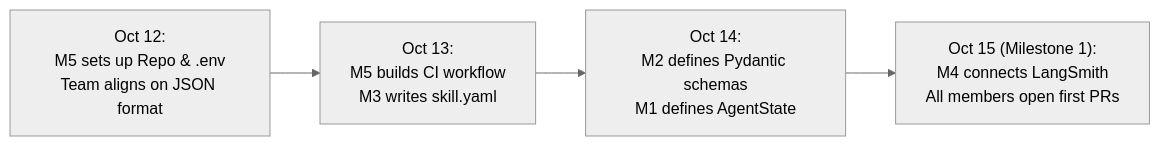
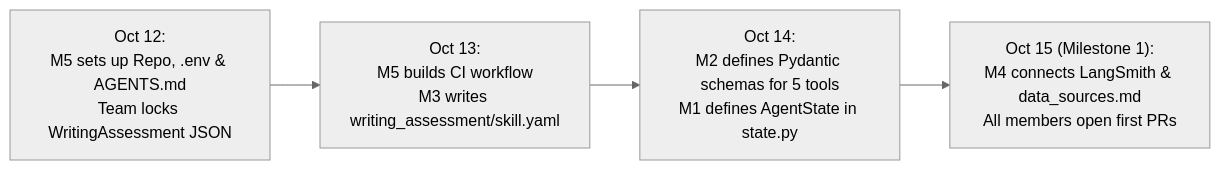
Before and after one commit to nguyenlam0909575475-tech/SE373-IELTS-Learning-Agent: the second of 5 diagrams in Phase_1_Process_and_Tasks.md, drawn with Mermaid (neutral theme). The commit also changed other lines of this file and 48 other files, not shown here.

Commit message:
feat(skills): add writing-assessment skill, deterministic checks, and committee workflow

````diff
--- a/Phase_1_Process_and_Tasks.md
+++ b/Phase_1_Process_and_Tasks.md
@@ -40,6 +152,6 @@
 ```mermaid
 flowchart LR
-    A["Oct 12:<br/>M5 sets up Repo & .env<br/>Team aligns on JSON format"] --> B["Oct 13:<br/>M5 builds CI workflow<br/>M3 writes skill.yaml"]
-    B --> C["Oct 14:<br/>M2 defines Pydantic schemas<br/>M1 defines AgentState"]
-    C --> D["Oct 15 (Milestone 1):<br/>M4 connects LangSmith<br/>All members open first PRs"]
+    A["Oct 12:<br/>M5 sets up Repo, .env & AGENTS.md<br/>Team locks WritingAssessment JSON"] --> B["Oct 13:<br/>M5 builds CI workflow<br/>M3 writes writing_assessment/skill.yaml"]
+    B --> C["Oct 14:<br/>M2 defines Pydantic schemas for 5 tools<br/>M1 defines AgentState in state.py"]
+    C --> D["Oct 15 (Milestone 1):<br/>M4 connects LangSmith & data_sources.md<br/>All members open first PRs"]
 ```
````
